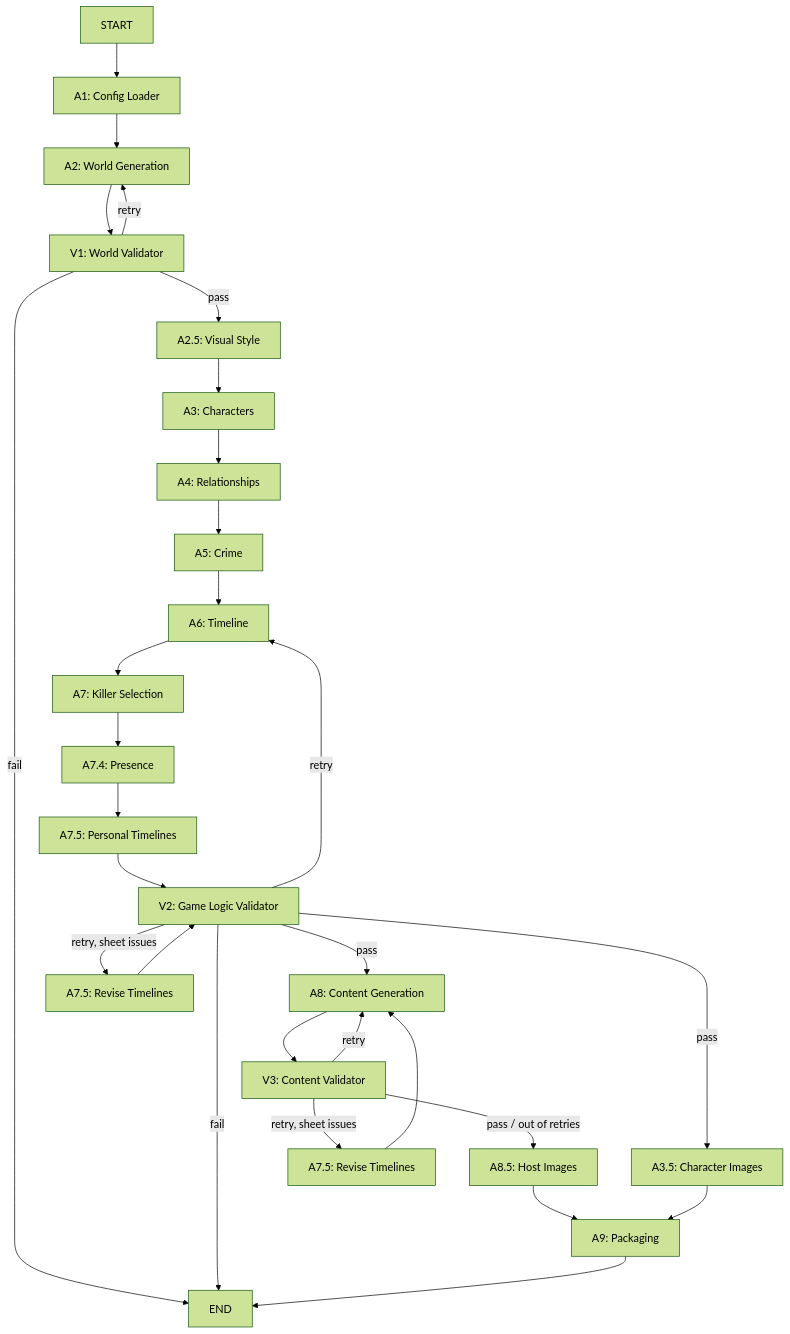
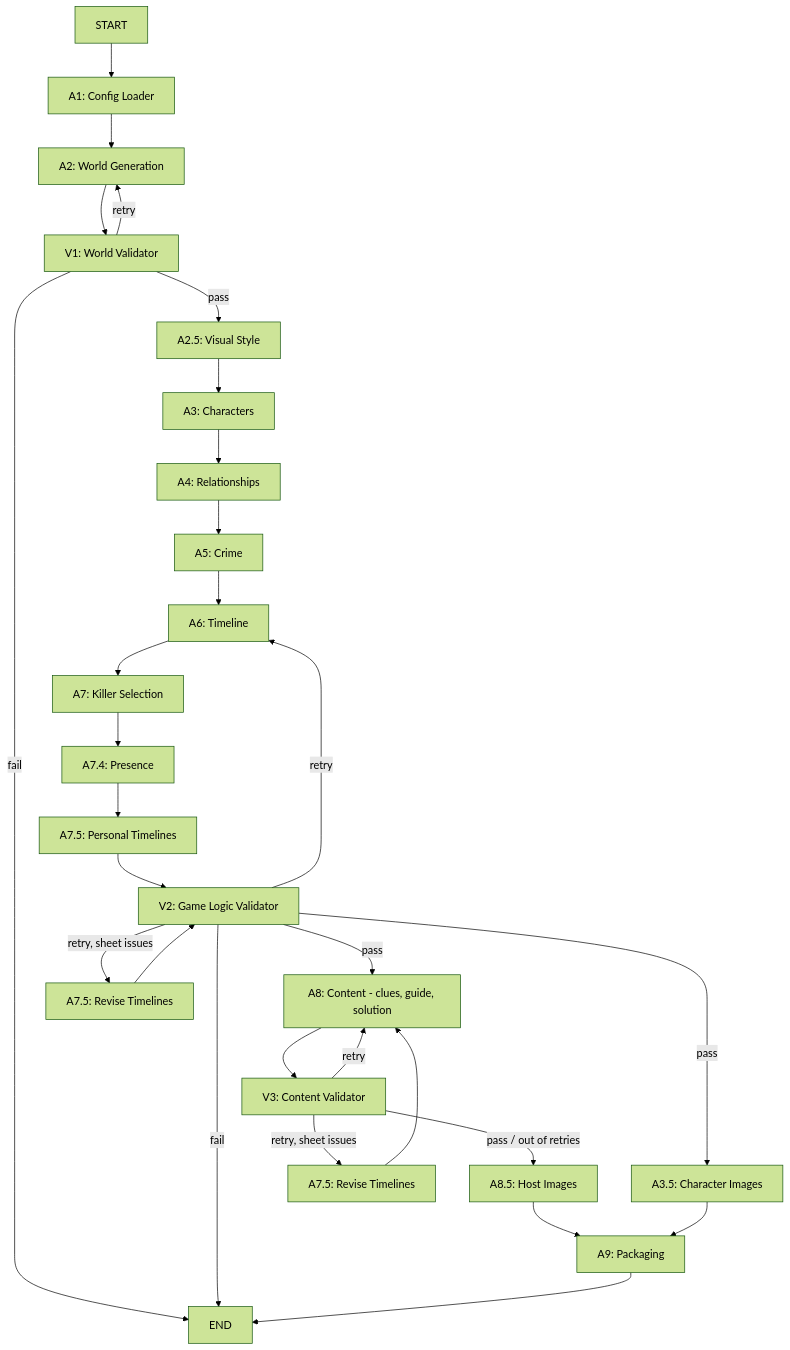
One commit to juanje/mystery-agents changed the diagram in docs/DEVELOPER_GUIDE.md. Above: the diagram before and after it, drawn with Mermaid (forest theme). The commit also changed other lines of this file and 5 other files, not shown here.

First line of the commit message:
refactor: split A8 into clue, guide and solution writers

````diff
--- a/docs/DEVELOPER_GUIDE.md
+++ b/docs/DEVELOPER_GUIDE.md
@@ -95,31 +98,31 @@
 ```mermaid
 graph TD
     START --> A1[A1: Config Loader]
     A1 --> A2[A2: World Generation]
     A2 --> V1[V1: World Validator]
     V1 -->|pass| A2_5[A2.5: Visual Style]
     V1 -->|retry| A2
     V1 -->|fail| END
     A2_5 --> A3[A3: Characters]
     A3 --> A4[A4: Relationships]
     A4 --> A5[A5: Crime]
     A5 --> A6[A6: Timeline]
     A6 --> A7[A7: Killer Selection]
     A7 --> A7_4[A7.4: Presence]
     A7_4 --> A7_5[A7.5: Personal Timelines]
     A7_5 --> V2[V2: Game Logic Validator]
-    V2 -->|pass| A8[A8: Content Generation]
+    V2 -->|pass| A8[A8: Content - clues, guide, solution]
     V2 -->|pass| A3_5[A3.5: Character Images]
     V2 -->|retry| A6
     V2 -->|retry, sheet issues| R1[A7.5: Revise Timelines]
     R1 --> V2
     V2 -->|fail| END
     A8 --> V3[V3: Content Validator]
     V3 -->|pass / out of retries| A8_5[A8.5: Host Images]
     V3 -->|retry| A8
     V3 -->|retry, sheet issues| R2[A7.5: Revise Timelines]
     R2 --> A8
     A8_5 --> A9[A9: Packaging]
     A3_5 --> A9
     A9 --> END
 ```
````
